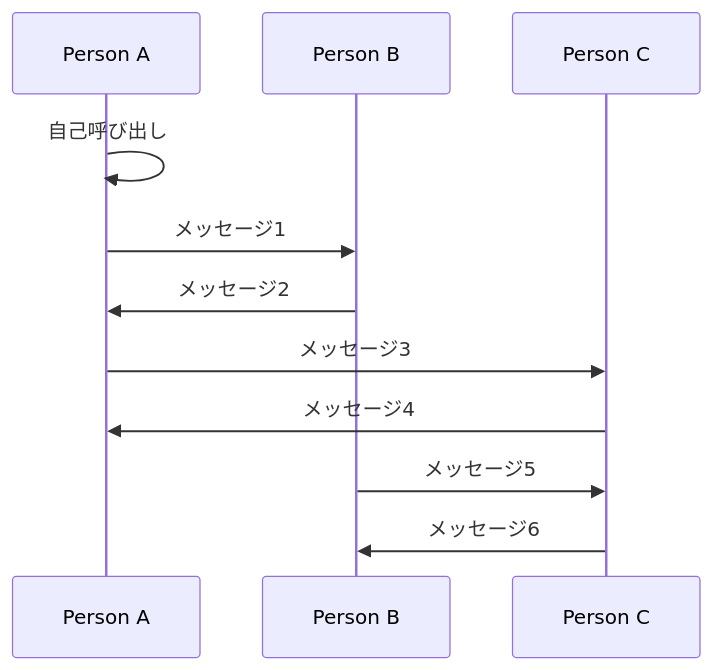
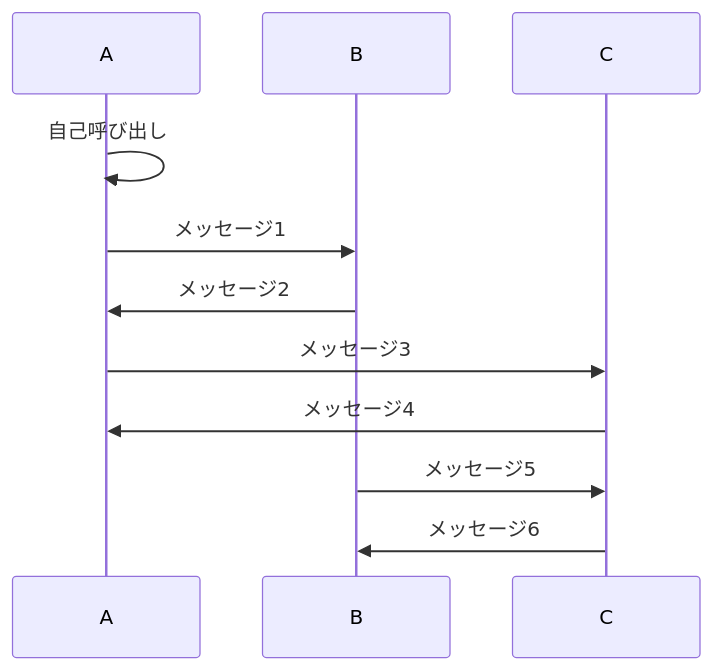
The second of 3 diagrams in README.md (tpu-game-2023/mermaid_test), drawn with Mermaid before and after one commit.

````diff
--- a/README.md
+++ b/README.md
@@ -41,17 +41,17 @@
 ```mermaid
 sequenceDiagram
-     participant A as Person A
-    participant B as Person B
-    participant C as Person C
+     participant A as  A
+    participant B as  B
+    participant C as  C
 
     A ->> A: 自己呼び出し
 
     A ->> B: メッセージ1
     B ->> A: メッセージ2
 
     A ->> C: メッセージ3
     C ->> A: メッセージ4
 
     B ->> C: メッセージ5
     C ->> B: メッセージ6
 ```
````
